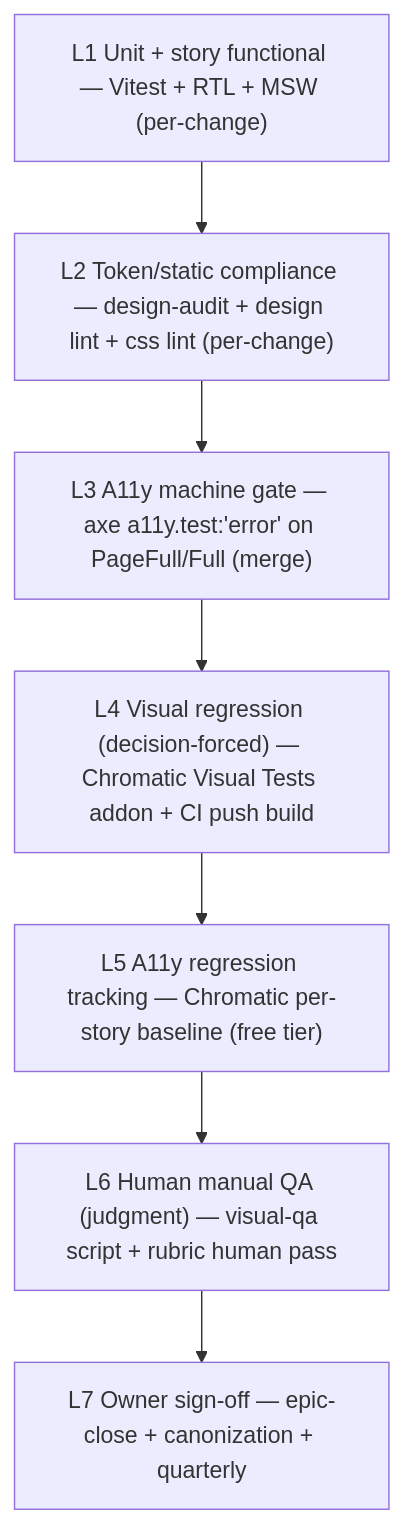
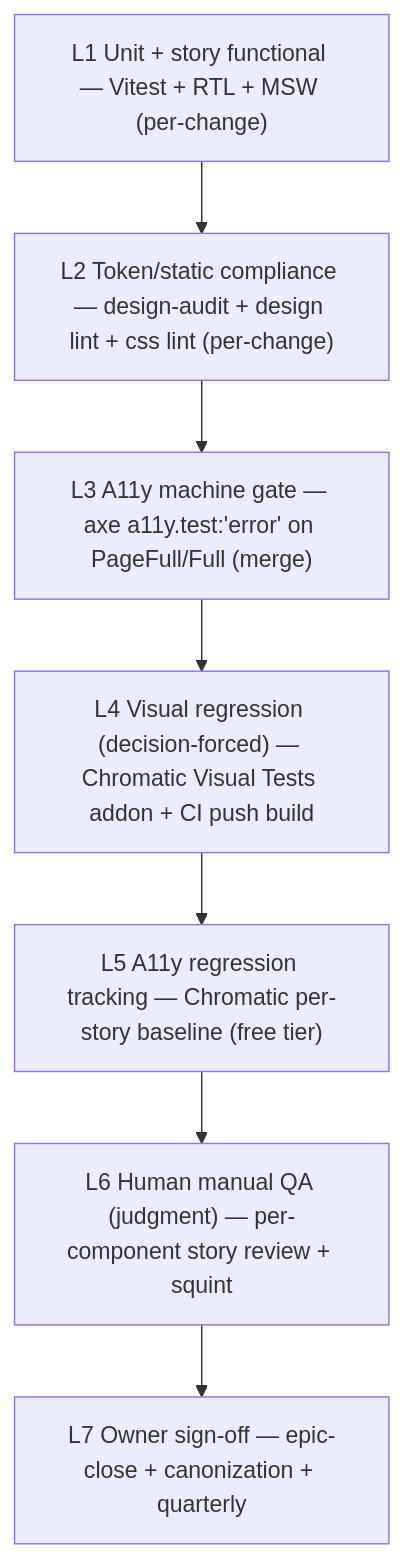
Before and after one commit to coji831/mandarin-vite-react-ts: the diagram in docs/guides/design/uiux-fundamentals.md, drawn with Mermaid. The commit also changed other lines of this file and 97 other files, not shown here.

````diff
--- a/docs/guides/design/uiux-fundamentals.md
+++ b/docs/guides/design/uiux-fundamentals.md
@@ -50,11 +50,11 @@
 ```mermaid
 flowchart TB
     L7["L7 Owner sign-off — epic-close + canonization + quarterly"]
-    L6["L6 Human manual QA (judgment) — visual-qa script + rubric human pass"]
+    L6["L6 Human manual QA (judgment) — per-component story review + squint"]
     L5["L5 A11y regression tracking — Chromatic per-story baseline (free tier)"]
     L4["L4 Visual regression (decision-forced) — Chromatic Visual Tests addon + CI push build"]
     L3["L3 A11y machine gate — axe a11y.test:'error' on PageFull/Full (merge)"]
     L2["L2 Token/static compliance — design-audit + design lint + css lint (per-change)"]
     L1["L1 Unit + story functional — Vitest + RTL + MSW (per-change)"]
     L1 --> L2 --> L3 --> L4 --> L5 --> L6 --> L7
 ```
````
